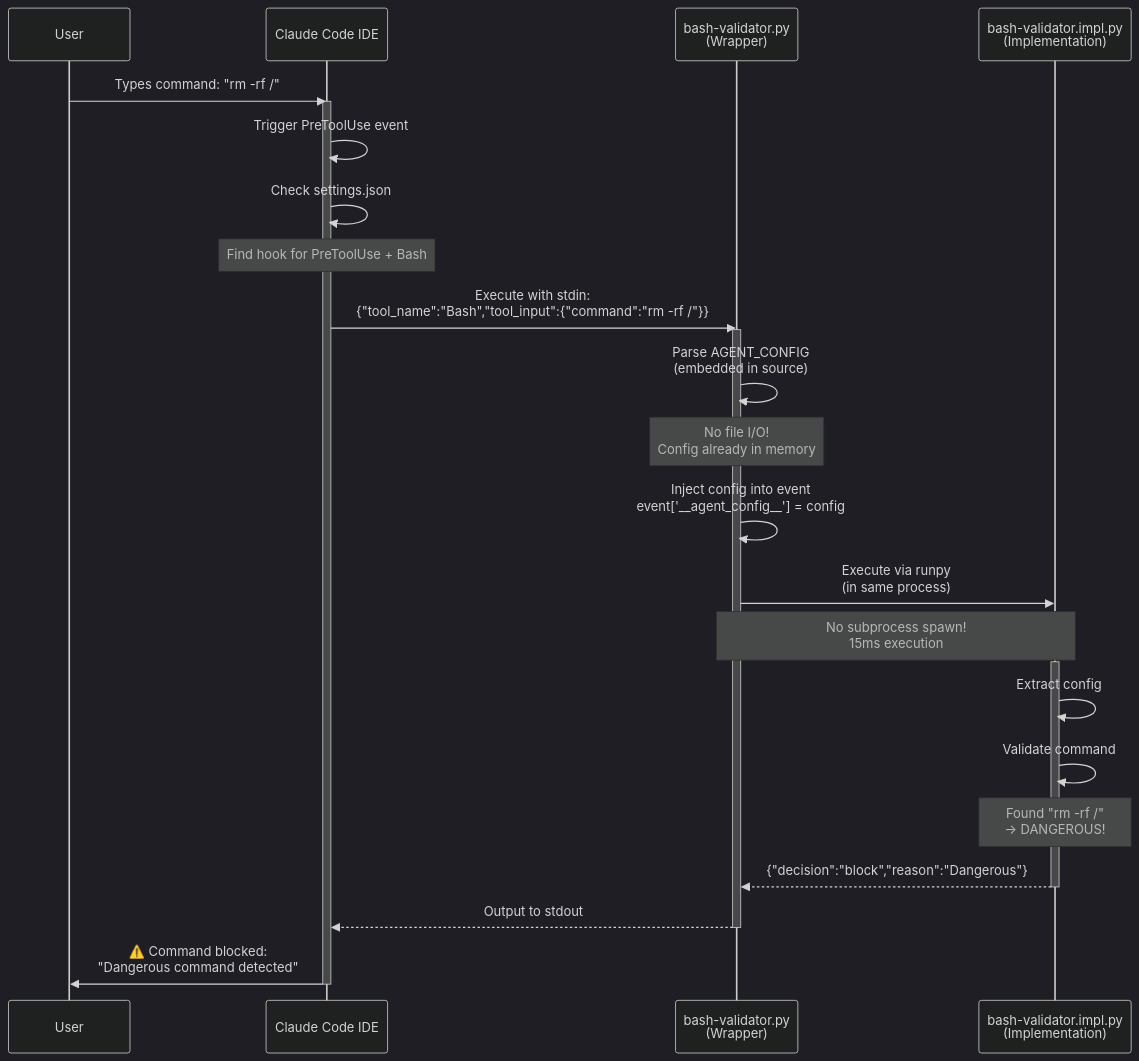
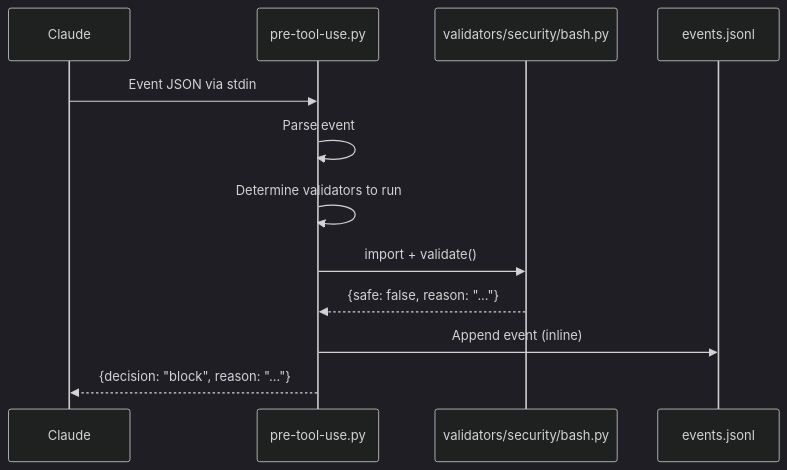
One commit to AgentParadise/agentic-primitives changed the second of 3 diagrams in docs/architecture/hooks-system-overview.md. Above: the diagram before and after it, drawn with Mermaid (dark theme). The commit also changed other lines of this file and 71 other files, not shown here.

First line of the commit message:
refactor(hooks)!: atomic hook architecture with handlers and validators

````diff
--- a/docs/architecture/hooks-system-overview.md
+++ b/docs/architecture/hooks-system-overview.md
@@ -141,39 +71,15 @@
 ```mermaid
 sequenceDiagram
-    participant User
-    participant Claude as Claude Code IDE
-    participant Wrapper as bash-validator.py<br/>(Wrapper)
-    participant Impl as bash-validator.impl.py<br/>(Implementation)
+    participant Claude
+    participant Handler as pre-tool-use.py
+    participant Validator as validators/security/bash.py
+    participant Analytics as events.jsonl
     
-    User->>Claude: Types command: "rm -rf /"
-    activate Claude
-    
-    Claude->>Claude: Trigger PreToolUse event
-    Claude->>Claude: Check settings.json
-    Note over Claude: Find hook for PreToolUse + Bash
-    
-    Claude->>Wrapper: Execute with stdin:<br/>{"tool_name":"Bash","tool_input":{"command":"rm -rf /"}}
-    activate Wrapper
-    
-    Wrapper->>Wrapper: Parse AGENT_CONFIG<br/>(embedded in source)
-    Note over Wrapper: No file I/O!<br/>Config already in memory
-    
-    Wrapper->>Wrapper: Inject config into event<br/>event['__agent_config__'] = config
-    
-    Wrapper->>Impl: Execute via runpy<br/>(in same process)
-    Note over Wrapper,Impl: No subprocess spawn!<br/>15ms execution
-    
-    activate Impl
-    Impl->>Impl: Extract config
-    Impl->>Impl: Validate command
-    Note over Impl: Found "rm -rf /"<br/>→ DANGEROUS!
-    
-    Impl-->>Wrapper: {"decision":"block","reason":"Dangerous"}
-    deactivate Impl
-    
-    Wrapper-->>Claude: Output to stdout
-    deactivate Wrapper
-    
-    Claude->>User: ⚠️ Command blocked:<br/>"Dangerous command detected"
-    deactivate Claude
+    Claude->>Handler: Event JSON via stdin
+    Handler->>Handler: Parse event
+    Handler->>Handler: Determine validators to run
+    Handler->>Validator: import + validate()
+    Validator-->>Handler: {safe: false, reason: "..."}
+    Handler->>Analytics: Append event (inline)
+    Handler-->>Claude: {decision: "block", reason: "..."}
 ```
````
